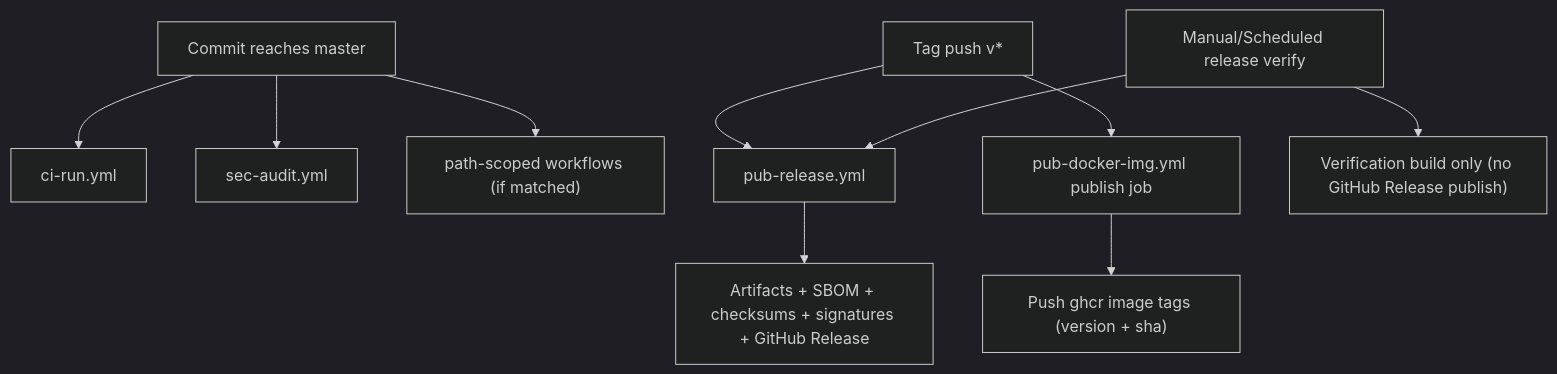
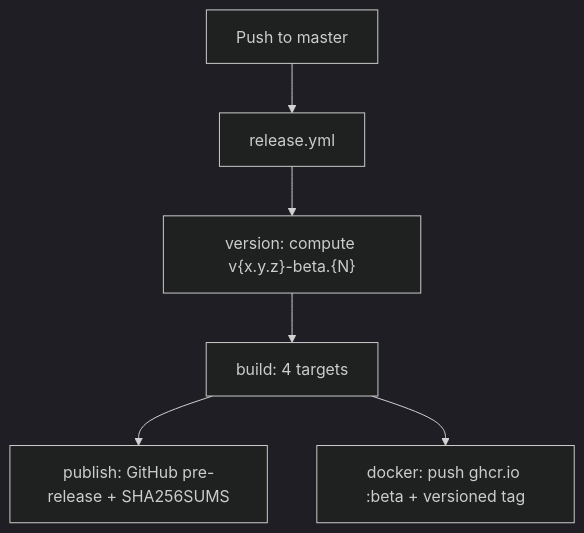
Before and after one commit to Sakthisabariesh/personal_bot: the second of 3 diagrams in .github/workflows/master-branch-flow.md, drawn with Mermaid (dark theme). The commit also changed other lines of this file and 4 other files, not shown here.

````diff
--- a/.github/workflows/master-branch-flow.md
+++ b/.github/workflows/master-branch-flow.md
@@ -211,12 +101,8 @@
 ```mermaid
 flowchart TD
-  A["Commit reaches master"] --> B["ci-run.yml"]
-  A --> C["sec-audit.yml"]
-  A --> D["path-scoped workflows (if matched)"]
-  T["Tag push v*"] --> R["pub-release.yml"]
-  W["Manual/Scheduled release verify"] --> R
-  T --> P["pub-docker-img.yml publish job"]
-  R --> R1["Artifacts + SBOM + checksums + signatures + GitHub Release"]
-  W --> R2["Verification build only (no GitHub Release publish)"]
-  P --> P1["Push ghcr image tags (version + sha)"]
+  A["Push to master"] --> B["release.yml"]
+  B --> B1["version: compute v{x.y.z}-beta.{N}"]
+  B1 --> B2["build: 4 targets"]
+  B2 --> B3["publish: GitHub pre-release + SHA256SUMS"]
+  B2 --> B4["docker: push ghcr.io :beta + versioned tag"]
 ```
````
